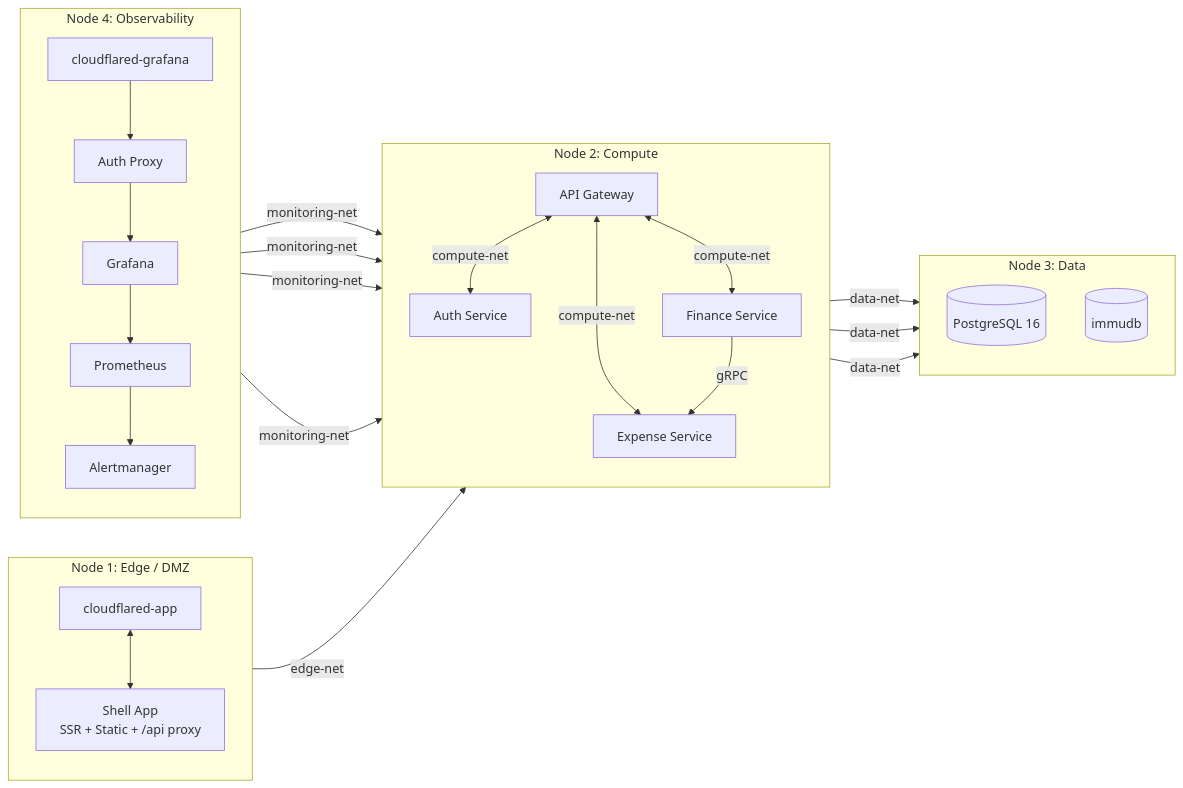
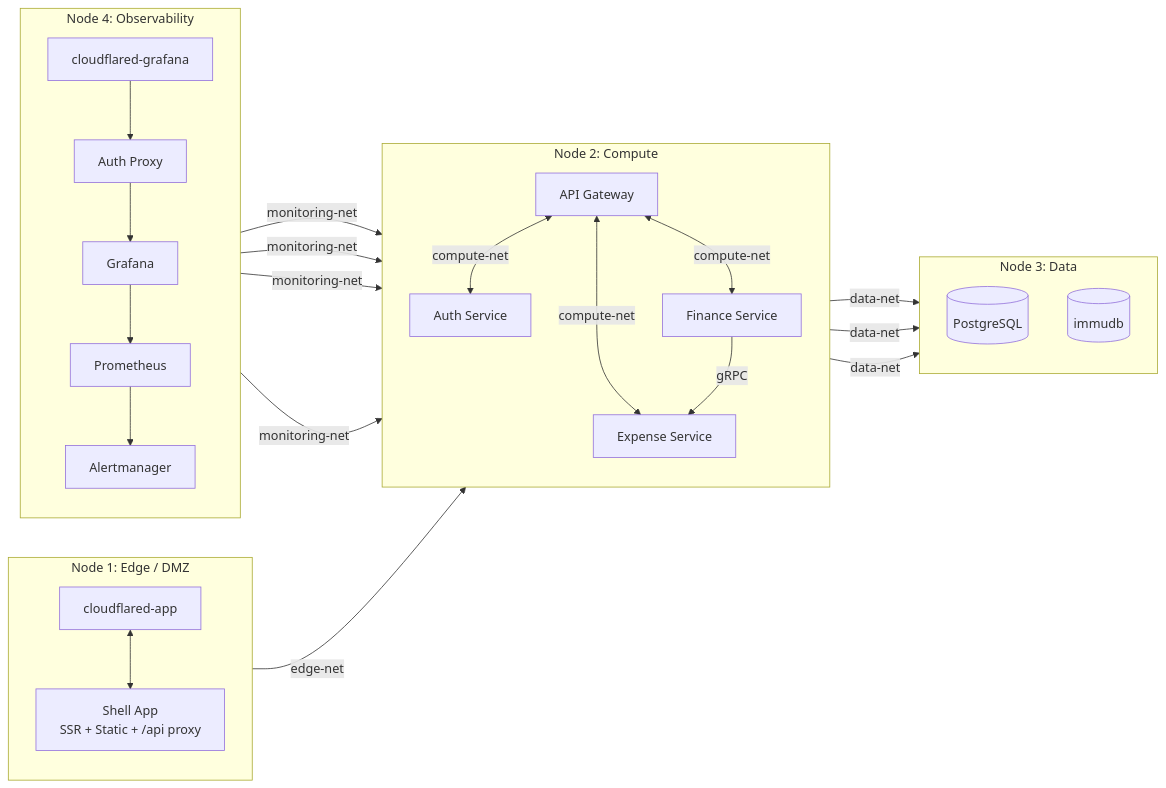
The first of 4 diagrams in docs/architecture.md (ItsThompson/gofin), drawn with Mermaid before and after one commit. The commit also changed other lines of this file and 6 other files, not shown here.

````diff
--- a/docs/architecture.md
+++ b/docs/architecture.md
@@ -9,51 +9,51 @@
 ```mermaid
 graph LR
     subgraph Node1[Node 1: Edge / DMZ]
         direction TB
         MFE[Shell App<br/>SSR + Static + /api proxy]
         CF1[cloudflared-app]
     end
 
     subgraph Node2[Node 2: Compute]
         direction TB
         GW[API Gateway]
         AS[Auth Service]
         ES[Expense Service]
         FS[Finance Service]
     end
 
     subgraph Node3[Node 3: Data]
         direction TB
-        PG[(PostgreSQL 16)]
+        PG[(PostgreSQL)]
         IM[(immudb)]
     end
 
     subgraph Node4[Node 4: Observability]
         direction TB
         PR[Prometheus]
         AL[Alertmanager]
         GR[Grafana]
         AP[Auth Proxy]
         CF2[cloudflared-grafana]
     end
 
     CF1 <--> MFE
     MFE -->|edge-net| GW
 
     GW <-->|compute-net| AS
     GW <-->|compute-net| ES
     GW <-->|compute-net| FS
     FS -->|gRPC| ES
 
     AS -->|data-net| PG
     FS -->|data-net| PG
     ES -->|data-net| IM
 
     PR -->|monitoring-net| GW
     PR -->|monitoring-net| AS
     PR -->|monitoring-net| ES
     PR -->|monitoring-net| FS
     PR --> AL
     GR --> PR
     CF2 --> AP --> GR
 ```
````
